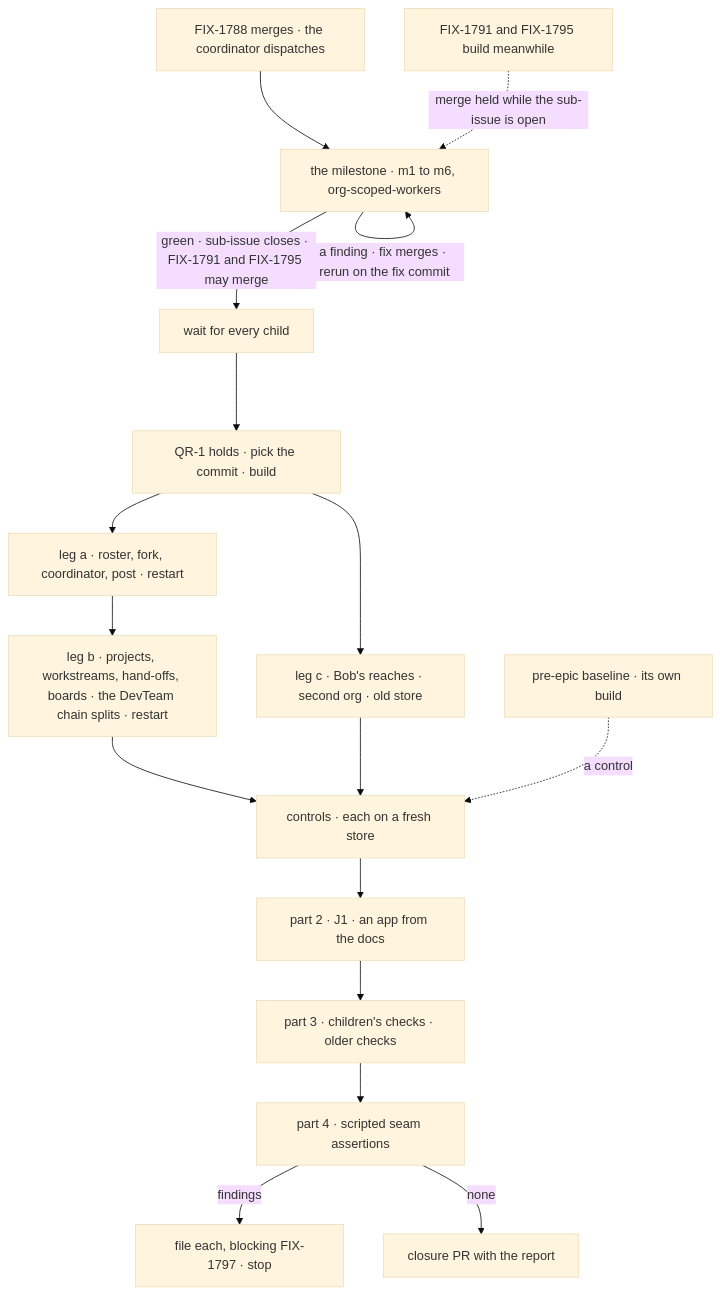
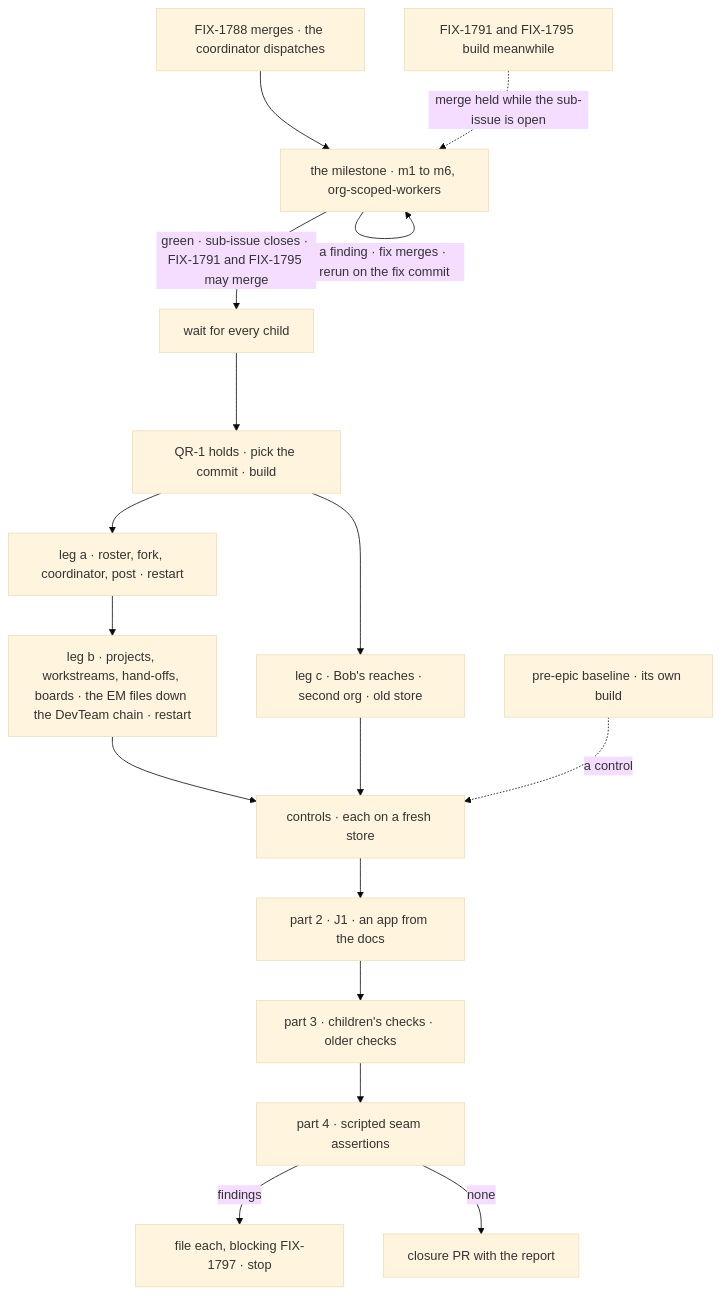
Before and after one commit to fixpoint-labs/flow-state-dev: the diagram in specs/issues/FIX-1797/PLAN.md, drawn with Mermaid (base theme). The commit also changed other lines of this file and 2 other files, not shown here.

First line of the commit message:
spec(FIX-1797): b5 grades the EM's filing on the DevTeam, not a split

````diff
--- a/specs/issues/FIX-1797/PLAN.md
+++ b/specs/issues/FIX-1797/PLAN.md
@@ -23,19 +23,19 @@
 ```mermaid
 flowchart TD
   M0["FIX-1788 merges · the coordinator dispatches"] --> MS["the milestone · m1 to m6, org-scoped-workers"]
   MS -->|"a finding · fix merges · rerun on the fix commit"| MS
   MS -->|"green · sub-issue closes · FIX-1791 and FIX-1795 may merge"| W["wait for every child"]
   M1["FIX-1791 and FIX-1795 build meanwhile"] -.->|"merge held while the sub-issue is open"| MS
   W --> M["QR-1 holds · pick the commit · build"]
   M --> A["leg a · roster, fork, coordinator, post · restart"]
-  A --> B["leg b · projects, workstreams, hand-offs, boards · the DevTeam chain splits · restart"]
+  A --> B["leg b · projects, workstreams, hand-offs, boards · the EM files down the DevTeam chain · restart"]
   M --> C["leg c · Bob's reaches · second org · old store"]
   B --> K["controls · each on a fresh store"]
   C --> K
   T["pre-epic baseline · its own build"] -.->|"a control"| K
   K --> J["part 2 · J1 · an app from the docs"]
   J --> P3["part 3 · children's checks · older checks"]
   P3 --> P4["part 4 · scripted seam assertions"]
   P4 -->|"findings"| F["file each, blocking FIX-1797 · stop"]
   P4 -->|"none"| PR["closure PR with the report"]
 ```
````
